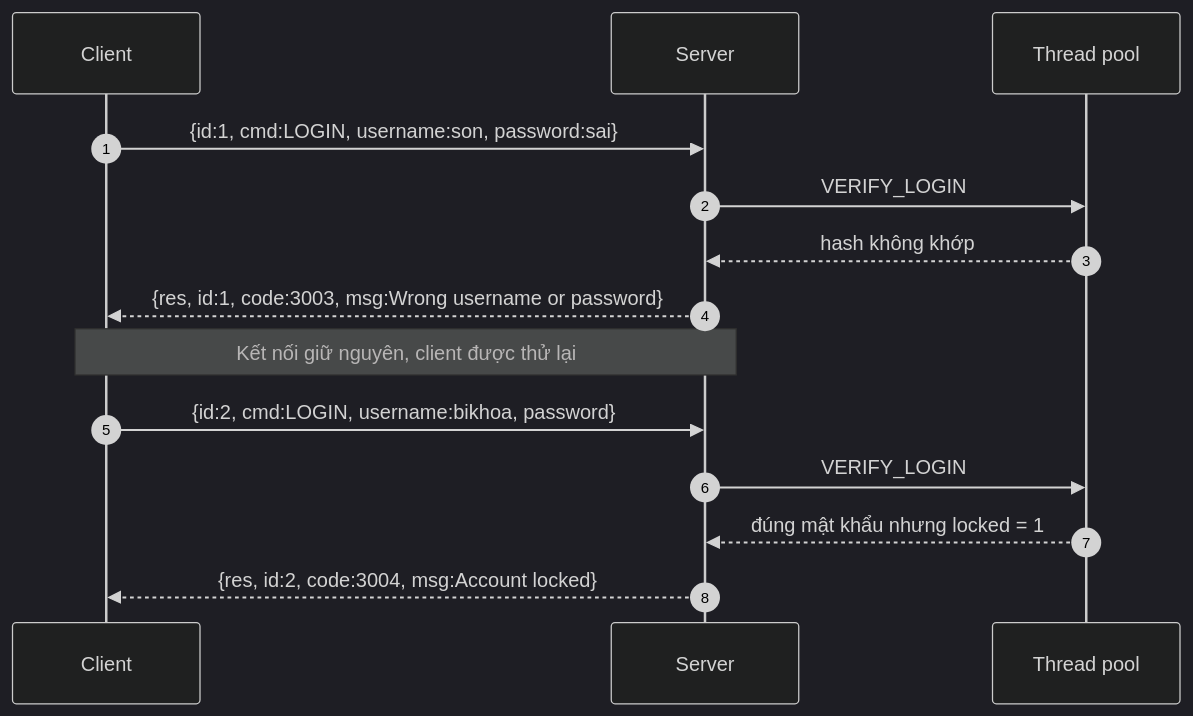
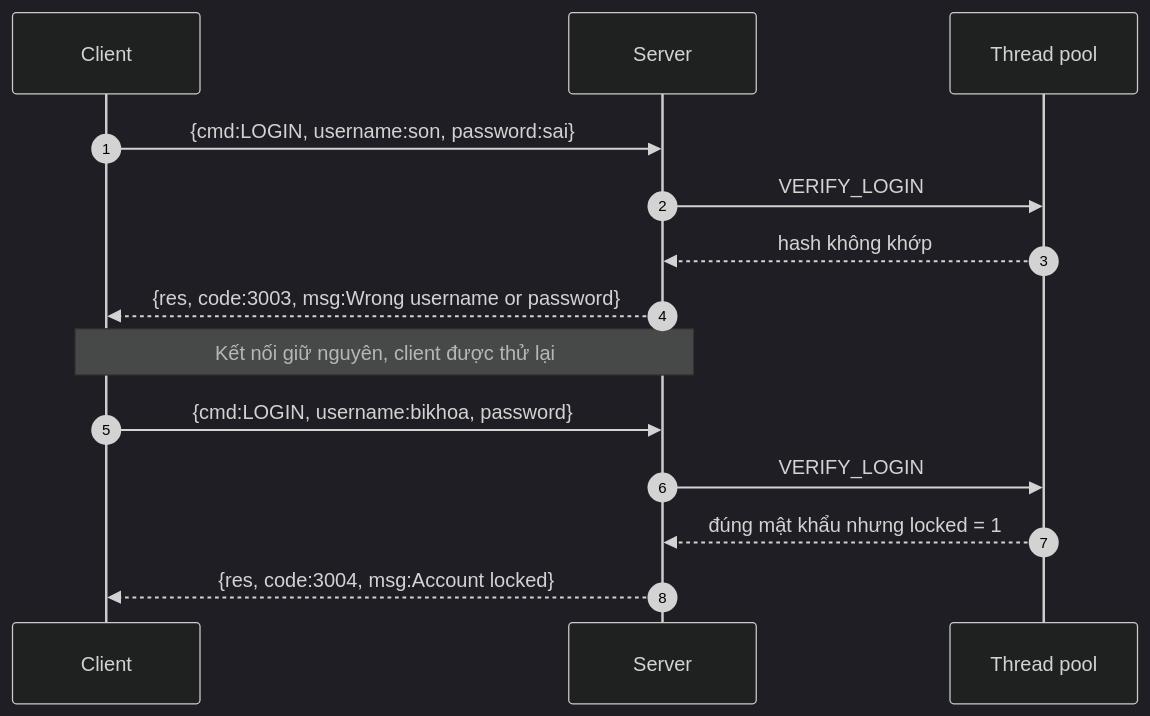
Before and after one commit to dson19/network: the diagram in Project/docs/design/diagrams/sequence/10-error-login.md, drawn with Mermaid (dark theme). The commit also changed 24 other files, not shown here.

````diff
--- a/Project/docs/design/diagrams/sequence/10-error-login.md
+++ b/Project/docs/design/diagrams/sequence/10-error-login.md
@@ -5,18 +5,18 @@
 ```mermaid
 sequenceDiagram
     autonumber
     participant C as Client
     participant S as Server
     participant P as Thread pool
 
-    C->>S: {id:1, cmd:LOGIN, username:son, password:sai}
+    C->>S: {cmd:LOGIN, username:son, password:sai}
     S->>P: VERIFY_LOGIN
     P-->>S: hash không khớp
-    S-->>C: {res, id:1, code:3003, msg:Wrong username or password}
+    S-->>C: {res, code:3003, msg:Wrong username or password}
     Note over C,S: Kết nối giữ nguyên, client được thử lại
 
-    C->>S: {id:2, cmd:LOGIN, username:bikhoa, password}
+    C->>S: {cmd:LOGIN, username:bikhoa, password}
     S->>P: VERIFY_LOGIN
     P-->>S: đúng mật khẩu nhưng locked = 1
-    S-->>C: {res, id:2, code:3004, msg:Account locked}
+    S-->>C: {res, code:3004, msg:Account locked}
 ```
````
